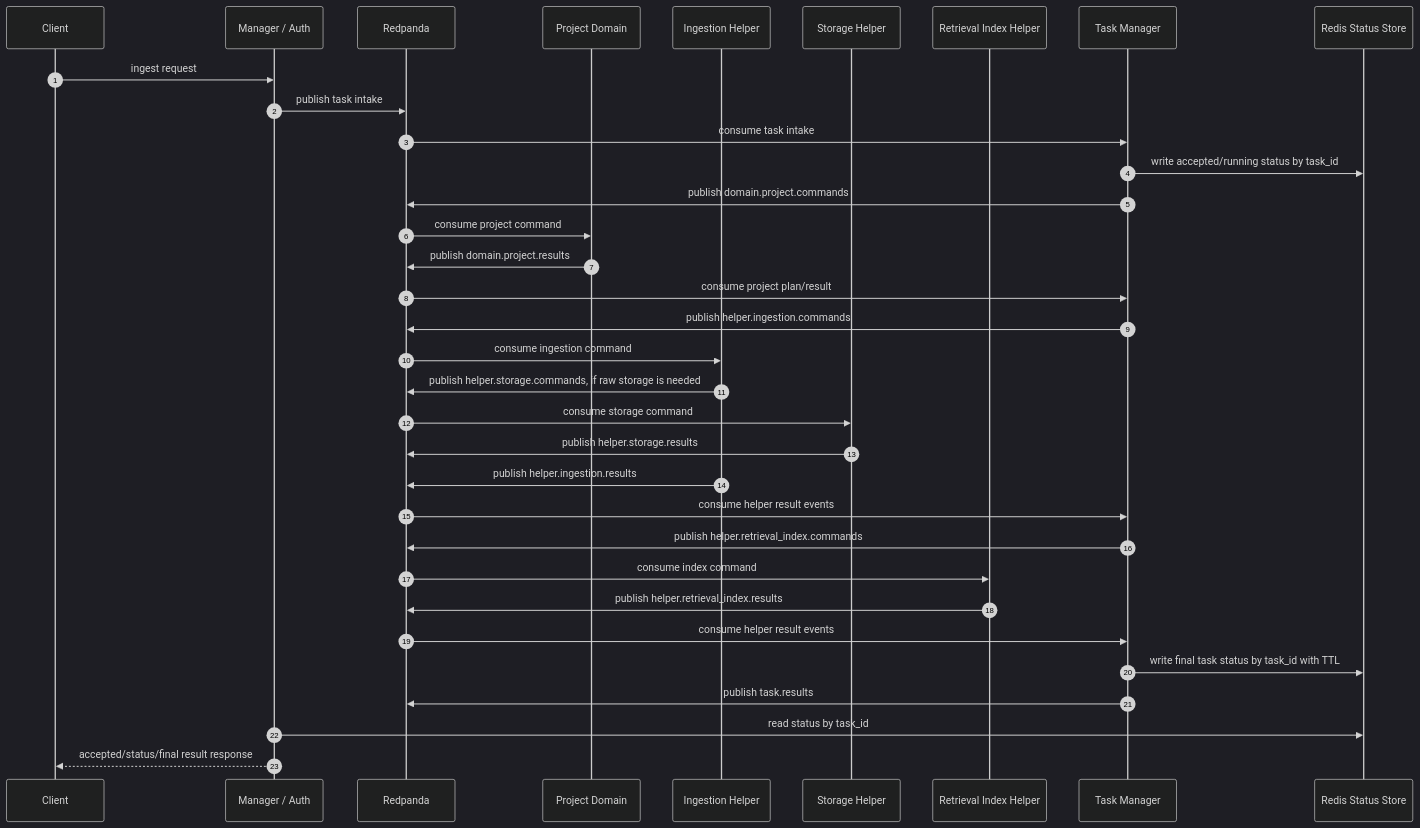
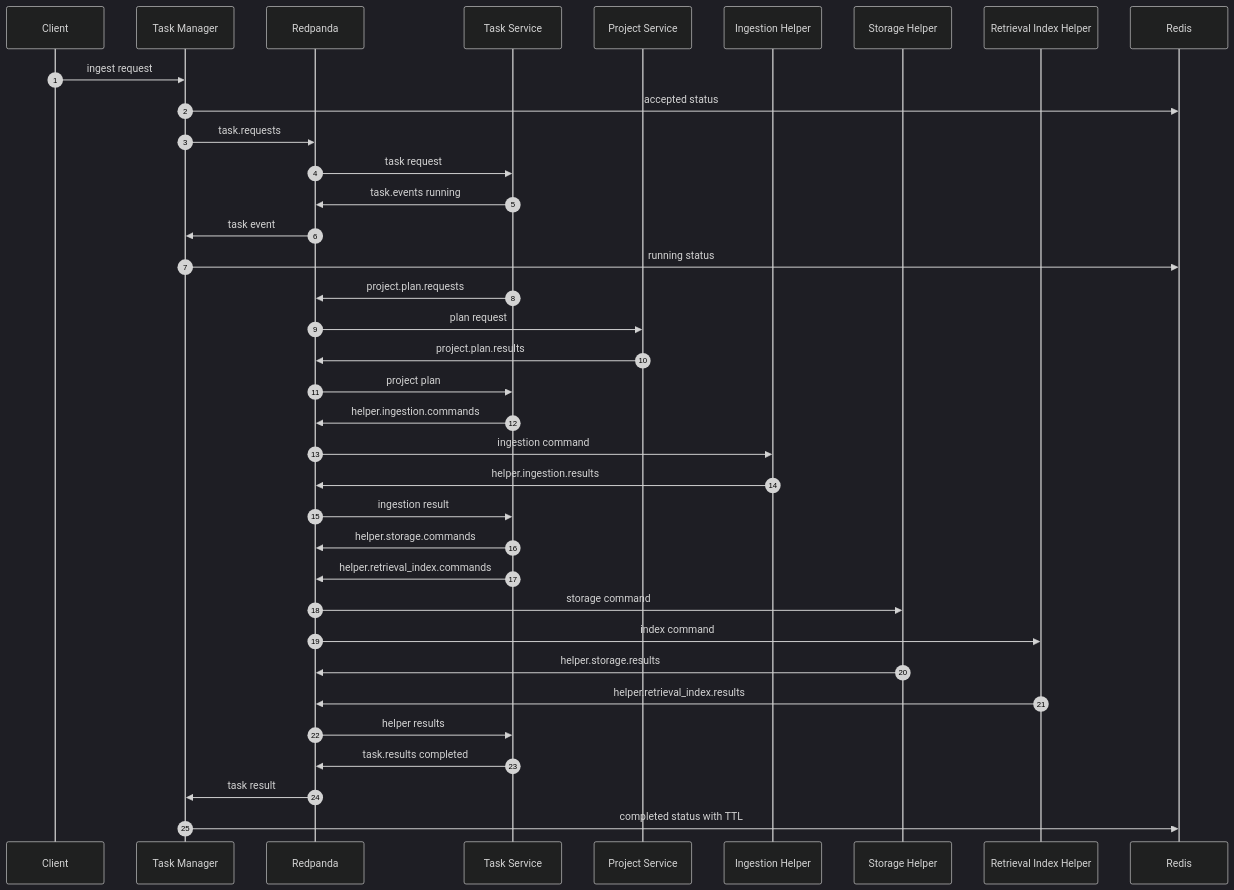
One commit to bruuuuuceliu/qdrant_rag_server changed the third of 4 diagrams in progress.md. Above: the diagram before and after it, drawn with Mermaid (dark theme). The commit also changed other lines of this file and 324 other files, not shown here.

````diff
--- a/progress.md
+++ b/progress.md
@@ -72,37 +106,39 @@
 ```mermaid
 sequenceDiagram
     autonumber
     participant C as Client
-    participant M as Manager / Auth
+    participant TM as Task Manager
     participant B as Redpanda
-    participant P as Project Domain
+    participant TS as Task Service
+    participant P as Project Service
     participant I as Ingestion Helper
     participant S as Storage Helper
-    participant R as Retrieval Index Helper
-    participant T as Task Manager
-    participant Redis as Redis Status Store
+    participant RI as Retrieval Index Helper
+    participant Redis as Redis
 
-    C->>M: ingest request
-    M->>B: publish task intake
-    B->>T: consume task intake
-    T->>Redis: write accepted/running status by task_id
-    T->>B: publish domain.project.commands
-    B->>P: consume project command
-    P->>B: publish domain.project.results
-    B->>T: consume project plan/result
-    T->>B: publish helper.ingestion.commands
-    B->>I: consume ingestion command
-    I->>B: publish helper.storage.commands, if raw storage is needed
-    B->>S: consume storage command
-    S->>B: publish helper.storage.results
-    I->>B: publish helper.ingestion.results
-    B->>T: consume helper result events
-    T->>B: publish helper.retrieval_index.commands
-    B->>R: consume index command
-    R->>B: publish helper.retrieval_index.results
-    B->>T: consume helper result events
-    T->>Redis: write final task status by task_id with TTL
-    T->>B: publish task.results
-    M->>Redis: read status by task_id
-    M-->>C: accepted/status/final result response
+    C->>TM: ingest request
+    TM->>Redis: accepted status
+    TM->>B: task.requests
+    B->>TS: task request
+    TS->>B: task.events running
+    B->>TM: task event
+    TM->>Redis: running status
+    TS->>B: project.plan.requests
+    B->>P: plan request
+    P->>B: project.plan.results
+    B->>TS: project plan
+    TS->>B: helper.ingestion.commands
+    B->>I: ingestion command
+    I->>B: helper.ingestion.results
+    B->>TS: ingestion result
+    TS->>B: helper.storage.commands
+    TS->>B: helper.retrieval_index.commands
+    B->>S: storage command
+    B->>RI: index command
+    S->>B: helper.storage.results
+    RI->>B: helper.retrieval_index.results
+    B->>TS: helper results
+    TS->>B: task.results completed
+    B->>TM: task result
+    TM->>Redis: completed status with TTL
 ```
````
